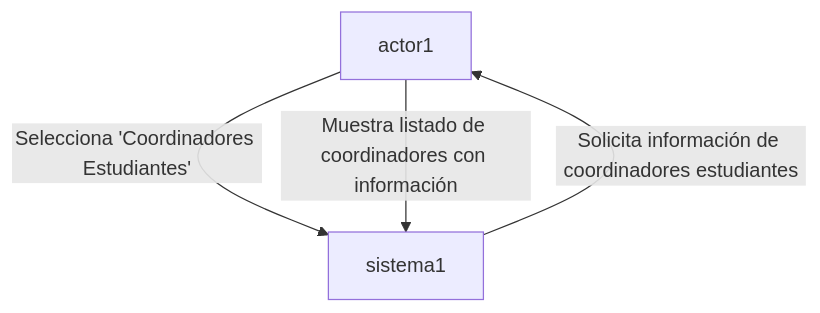
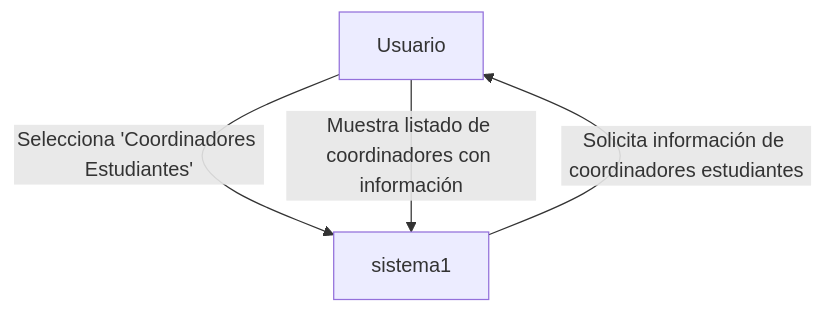
One commit to UPT-FAING-EPIS/proyecto-si8811a-2024-ii-u2-documentacion-lizarraga_arenas changed diagram 11 of 12 in README.md. Above: the diagram before and after it, drawn with Mermaid. The commit also changed other lines of this file, not shown here.

````diff
--- a/README.md
+++ b/README.md
@@ -241,6 +241,6 @@
 ```mermaid
 flowchart TD
-    actor1 -->|Selecciona 'Coordinadores Estudiantes'| sistema1
+    actor1[Usuario] -->|Selecciona 'Coordinadores Estudiantes'| sistema1
     sistema1 -->|Solicita información de coordinadores estudiantes| actor1
     actor1 -->|Muestra listado de coordinadores con información| sistema1
 ```
````
